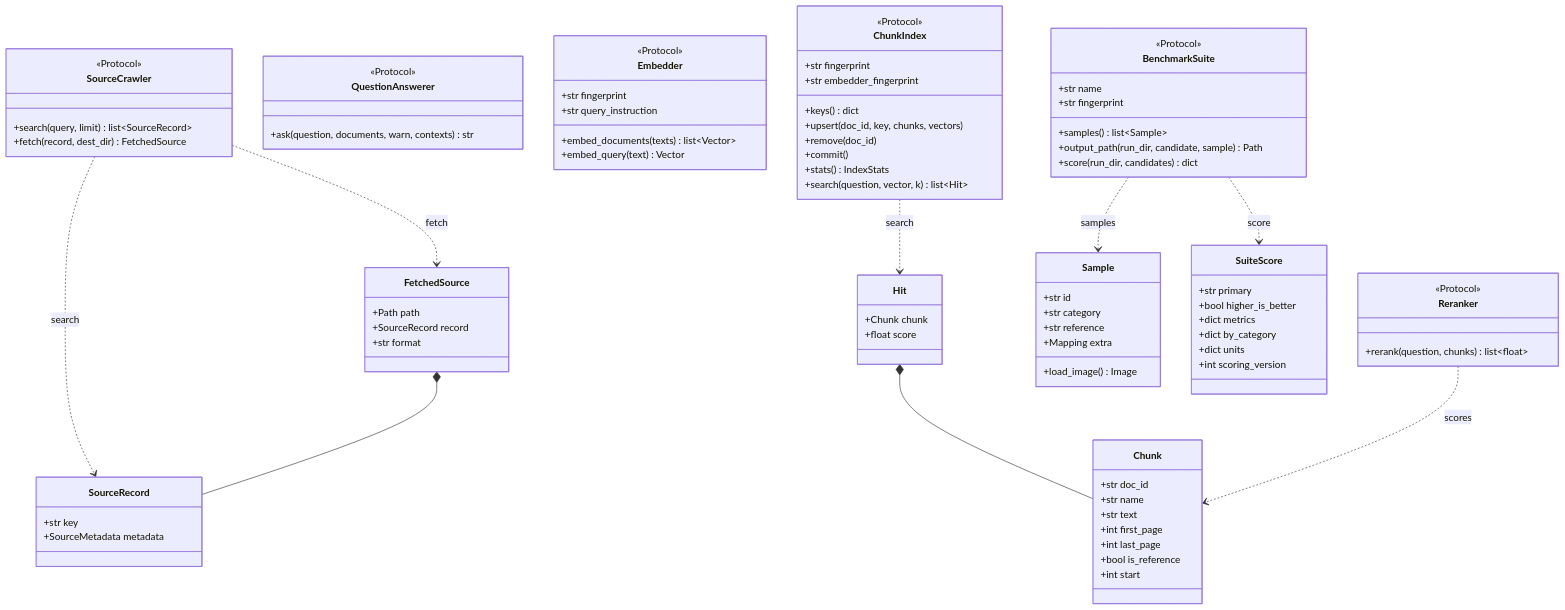
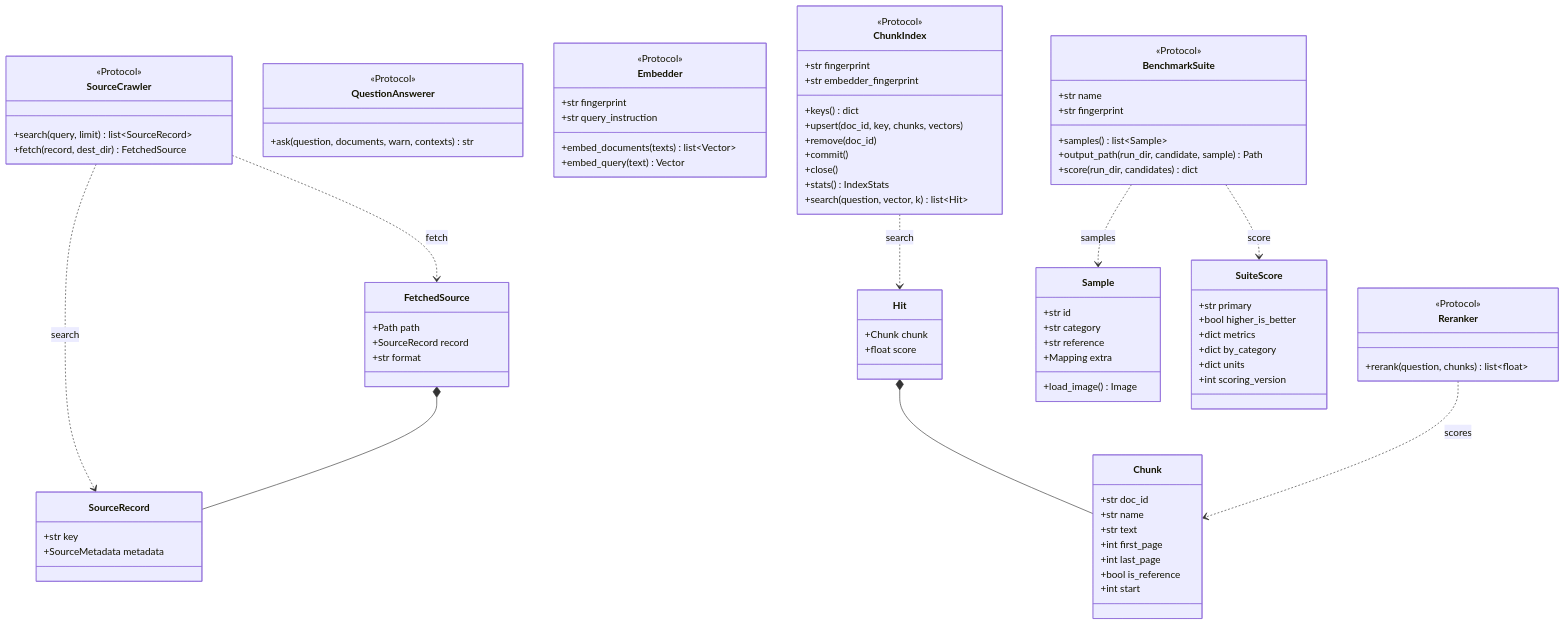
Before and after one commit to etxsA/doc-ingest: the fifth of 18 diagrams in packages/docingest/docs/architecture.md, drawn with Mermaid. The commit also changed 12 other files, not shown here.

```diff
--- a/packages/docingest/docs/architecture.md
+++ b/packages/docingest/docs/architecture.md
@@ -342,6 +342,7 @@
         +upsert(doc_id, key, chunks, vectors)
         +remove(doc_id)
         +commit()
+        +close()
         +stats() IndexStats
         +search(question, vector, k) list~Hit~
     }
```
